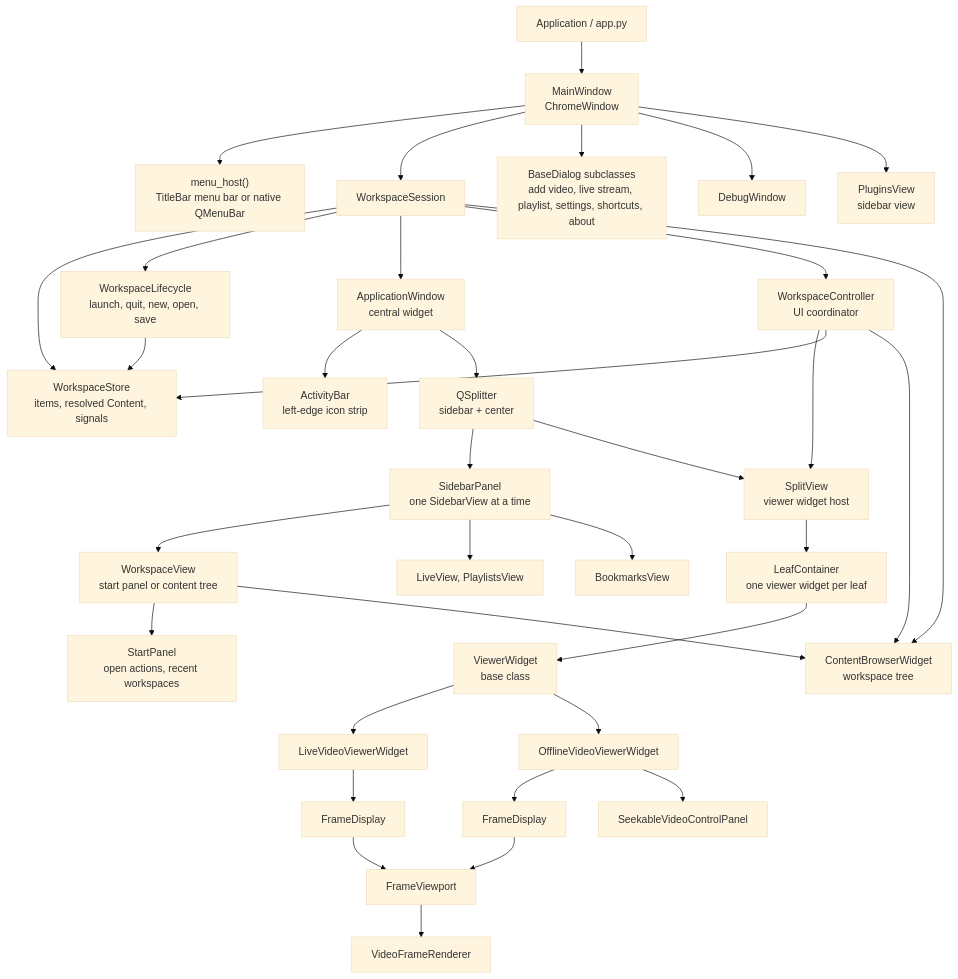
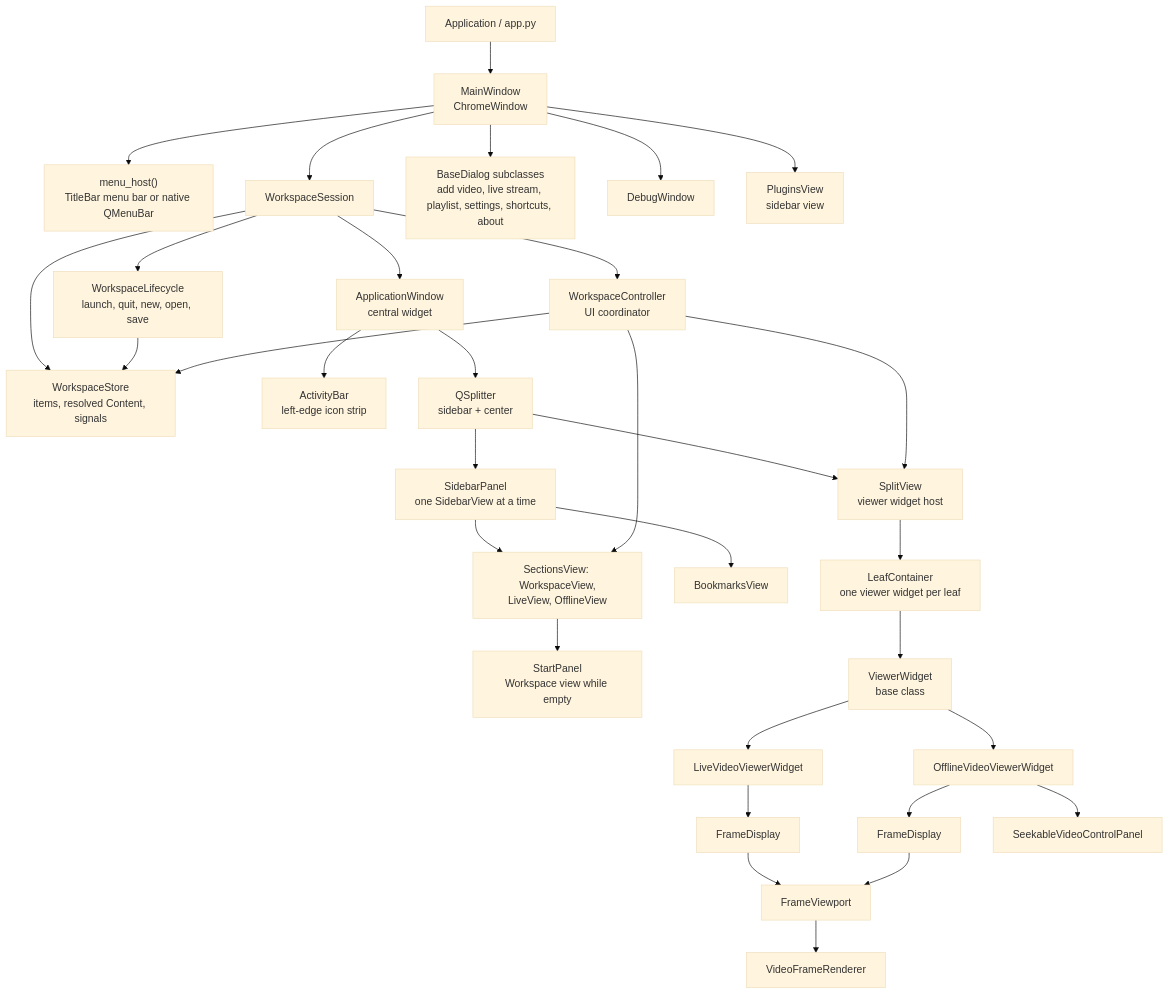
The first of 3 diagrams in docs/architecture/ui-framework.md (RasmusRynell/ax-devil), drawn with Mermaid (base theme) before and after one commit. The commit also changed other lines of this file and 25 other files, not shown here.

First line of the commit message:
refactor: build the Workspace, Live and Offline views on one shared view

````diff
--- a/docs/architecture/ui-framework.md
+++ b/docs/architecture/ui-framework.md
@@ -7,42 +7,39 @@
 ```mermaid
 flowchart TD
     App["Application / app.py"] --> MainWindow["MainWindow<br/>ChromeWindow"]
     MainWindow --> MenuHost["menu_host()<br/>TitleBar menu bar or native QMenuBar"]
     MainWindow --> WorkspaceSession["WorkspaceSession"]
     MainWindow --> Dialogs["BaseDialog subclasses<br/>add video, live stream, playlist, settings, shortcuts, about"]
     MainWindow --> DebugWindows["DebugWindow"]
     MainWindow --> PluginsView["PluginsView<br/>sidebar view"]
 
     WorkspaceSession --> WorkspaceStore["WorkspaceStore<br/>items, resolved Content, signals"]
     WorkspaceSession --> WorkspaceLifecycle["WorkspaceLifecycle<br/>launch, quit, new, open, save"]
     WorkspaceLifecycle --> WorkspaceStore
     WorkspaceSession --> ApplicationWindow["ApplicationWindow<br/>central widget"]
     WorkspaceSession --> WorkspaceController["WorkspaceController<br/>UI coordinator"]
-    WorkspaceSession --> ContentBrowser["ContentBrowserWidget<br/>workspace tree"]
 
     ApplicationWindow --> ActivityBar["ActivityBar<br/>left-edge icon strip"]
     ApplicationWindow --> HorizontalSplitter["QSplitter<br/>sidebar + center"]
     HorizontalSplitter --> SidebarPanel["SidebarPanel<br/>one SidebarView at a time"]
-    SidebarPanel --> WorkspaceView["WorkspaceView<br/>start panel or content tree"]
-    WorkspaceView --> StartPanel["StartPanel<br/>open actions, recent workspaces"]
-    WorkspaceView --> ContentBrowser
-    SidebarPanel --> SourceViews["LiveView, PlaylistsView"]
+    SidebarPanel --> SectionsViews["SectionsView: WorkspaceView,<br/>LiveView, OfflineView"]
+    SectionsViews --> StartPanel["StartPanel<br/>Workspace view while empty"]
     SidebarPanel --> BookmarksView
     HorizontalSplitter --> SplitView["SplitView<br/>viewer widget host"]
 
     WorkspaceController --> SplitView
     WorkspaceController --> WorkspaceStore
-    WorkspaceController --> ContentBrowser
+    WorkspaceController --> SectionsViews
 
     SplitView --> LeafContainer["LeafContainer<br/>one viewer widget per leaf"]
     LeafContainer --> ViewerWidget["ViewerWidget<br/>base class"]
     ViewerWidget --> LiveViewer["LiveVideoViewerWidget"]
     ViewerWidget --> OfflineViewer["OfflineVideoViewerWidget"]
 
     LiveViewer --> LiveDisplay["FrameDisplay"]
     OfflineViewer --> OfflineDisplay["FrameDisplay"]
     OfflineViewer --> SeekControls["SeekableVideoControlPanel"]
     LiveDisplay --> FrameViewport
     OfflineDisplay --> FrameViewport
     FrameViewport --> Renderer["VideoFrameRenderer"]
 ```
````
